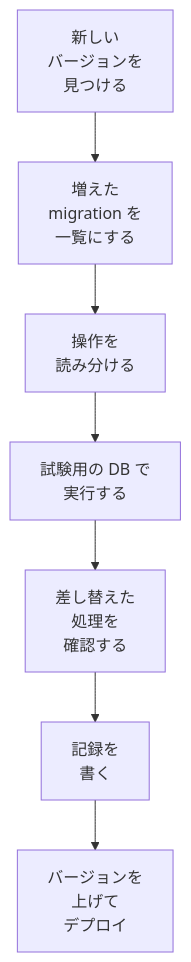
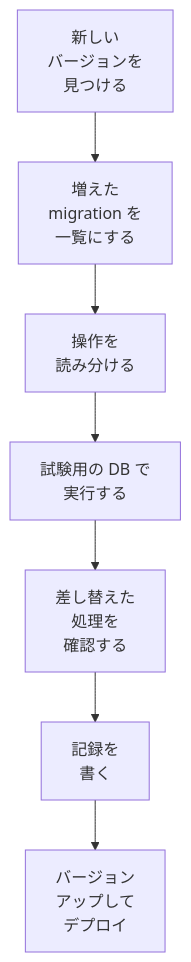
Before and after one commit to redmine-kit/serverless: the diagram in docs/ja/upgrade.md, drawn with Mermaid. The commit also changed other lines of this file and 8 other files, not shown here.

````diff
--- a/docs/ja/upgrade.md
+++ b/docs/ja/upgrade.md
@@ -9,9 +9,9 @@
 ```mermaid
 flowchart TD
   a["新しい<br>バージョンを<br>見つける"] --> b["増えた<br>migration を<br>一覧にする"]
   b --> c["操作を<br>読み分ける"]
   c --> d["試験用の DB で<br>実行する"]
   d --> e["差し替えた<br>処理を<br>確認する"]
   e --> f["記録を<br>書く"]
-  f --> g["バージョンを<br>上げて<br>デプロイ"]
+  f --> g["バージョン<br>アップして<br>デプロイ"]
 ```
````
